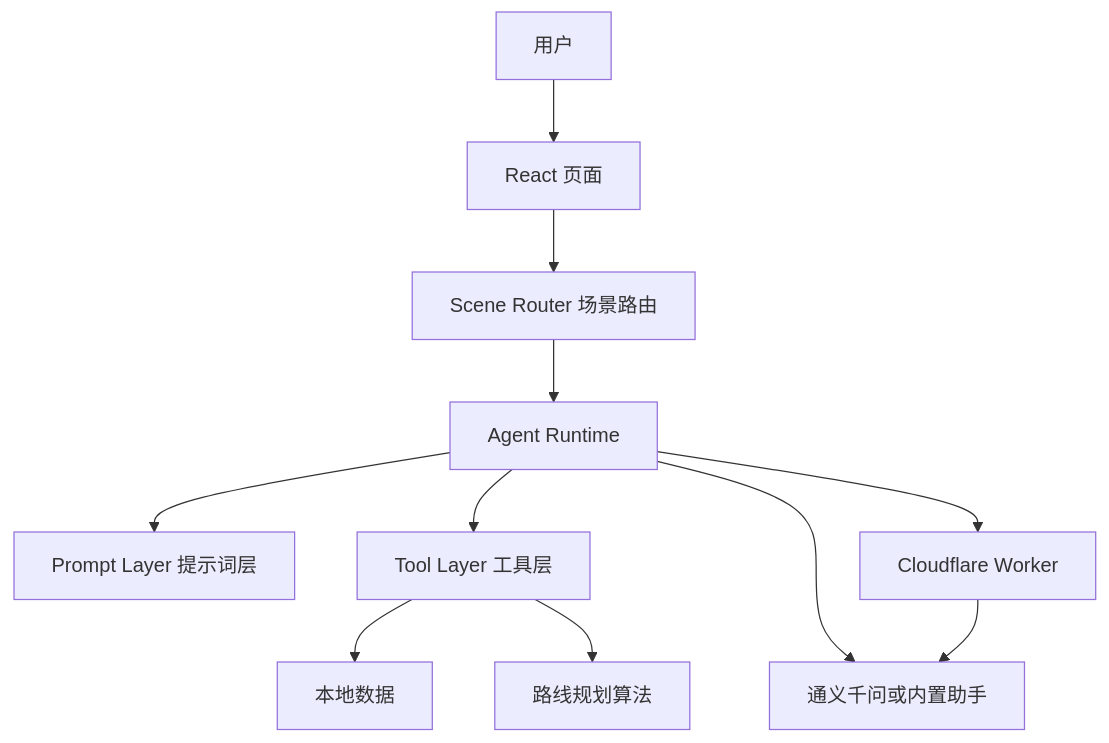
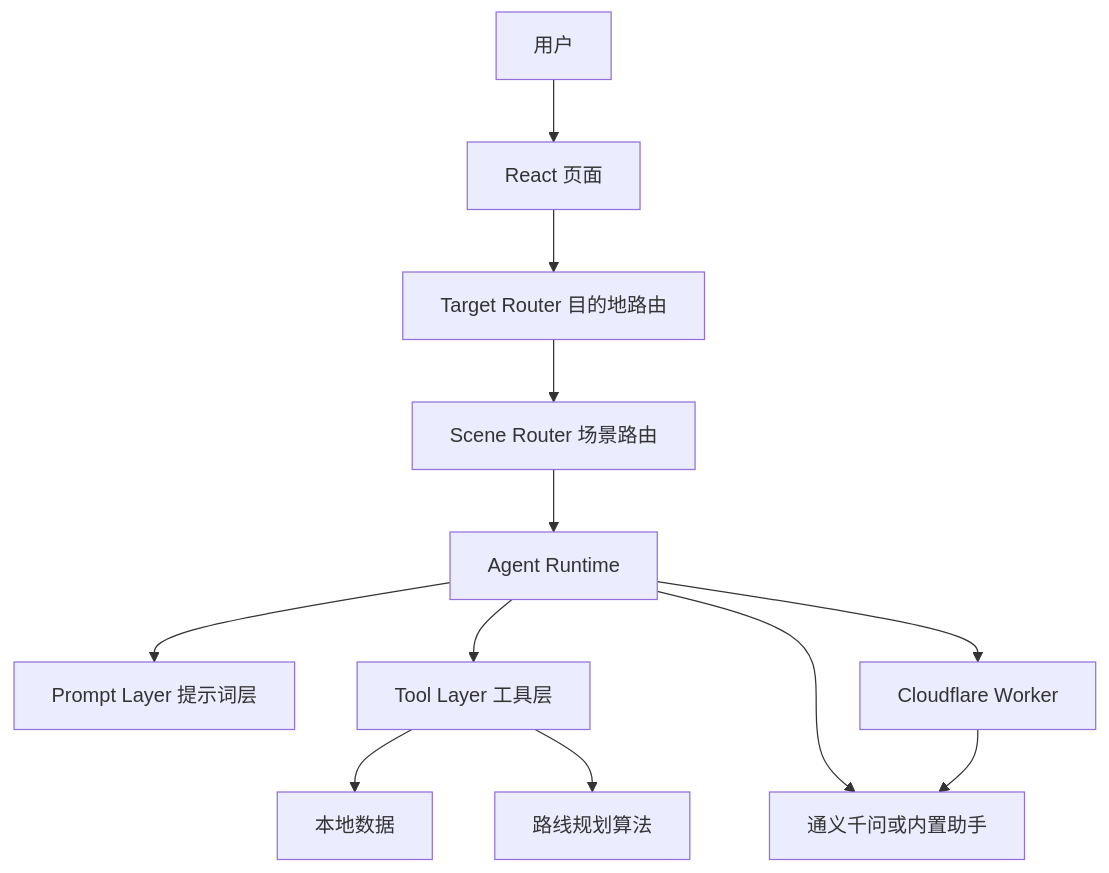
The diagram in docs/architecture.md (huhu-bli/bfu-smart-travel), drawn with Mermaid before and after one commit. The commit also changed other lines of this file and 24 other files, not shown here.

````diff
--- a/docs/architecture.md
+++ b/docs/architecture.md
@@ -30,13 +30,14 @@
 ```mermaid
 flowchart TD
     U[用户] --> UI[React 页面]
-    UI --> R[Scene Router 场景路由]
+    UI --> G[Target Router 目的地路由]
+    G --> R[Scene Router 场景路由]
     R --> A[Agent Runtime]
     A --> P[Prompt Layer 提示词层]
     A --> T[Tool Layer 工具层]
     A --> M[通义千问或内置助手]
     T --> D[本地数据]
     T --> L[路线规划算法]
     A --> W[Cloudflare Worker]
     W --> M
 ```
````
